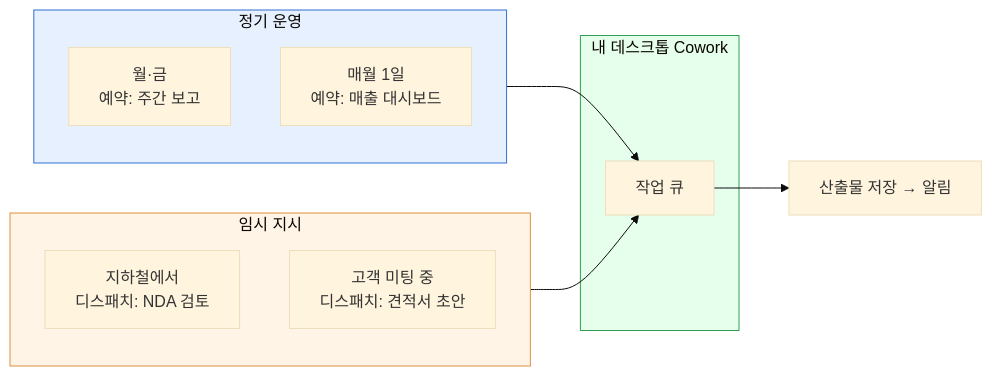
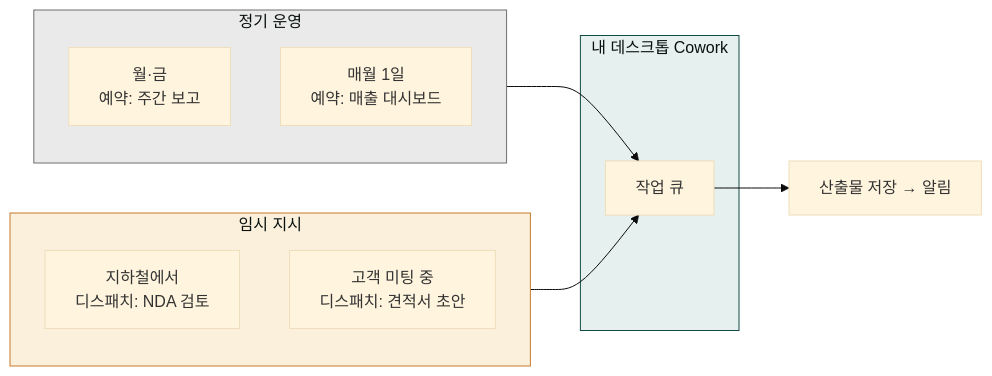
Before and after one commit to modu-ai/claude: the third of 3 diagrams in content/cowork/schedule.md, drawn with Mermaid (base theme). The commit also changed 97 other files, not shown here.

First line of the commit message:
style(docs-site): mermaid 색상 브랜드 정합 + 라이트 테마 단일화

````diff
--- a/content/cowork/schedule.md
+++ b/content/cowork/schedule.md
@@ -125,21 +125,21 @@
 ```mermaid
 flowchart LR
     subgraph Routine["정기 운영"]
         S1[월·금<br/>예약: 주간 보고]
         S2[매월 1일<br/>예약: 매출 대시보드]
     end
     subgraph AdHoc["임시 지시"]
         D1[지하철에서<br/>디스패치: NDA 검토]
         D2[고객 미팅 중<br/>디스패치: 견적서 초안]
     end
     subgraph Desk["내 데스크톱 Cowork"]
         Q[작업 큐]
     end
     Routine --> Q
     AdHoc --> Q
     Q --> Out["산출물 저장 → 알림"]
 
-    style Routine fill:#e6f0ff,stroke:#3070d0
-    style AdHoc fill:#fff4e6,stroke:#e09040
-    style Desk fill:#e6ffec,stroke:#30a050
+    style Routine fill:#eaeaea,stroke:#6e6e6e,color:#09110f
+    style AdHoc fill:#fbf0dc,stroke:#c47b2a,color:#09110f
+    style Desk fill:#e6f0ef,stroke:#144a46,color:#09110f
 ```
````
